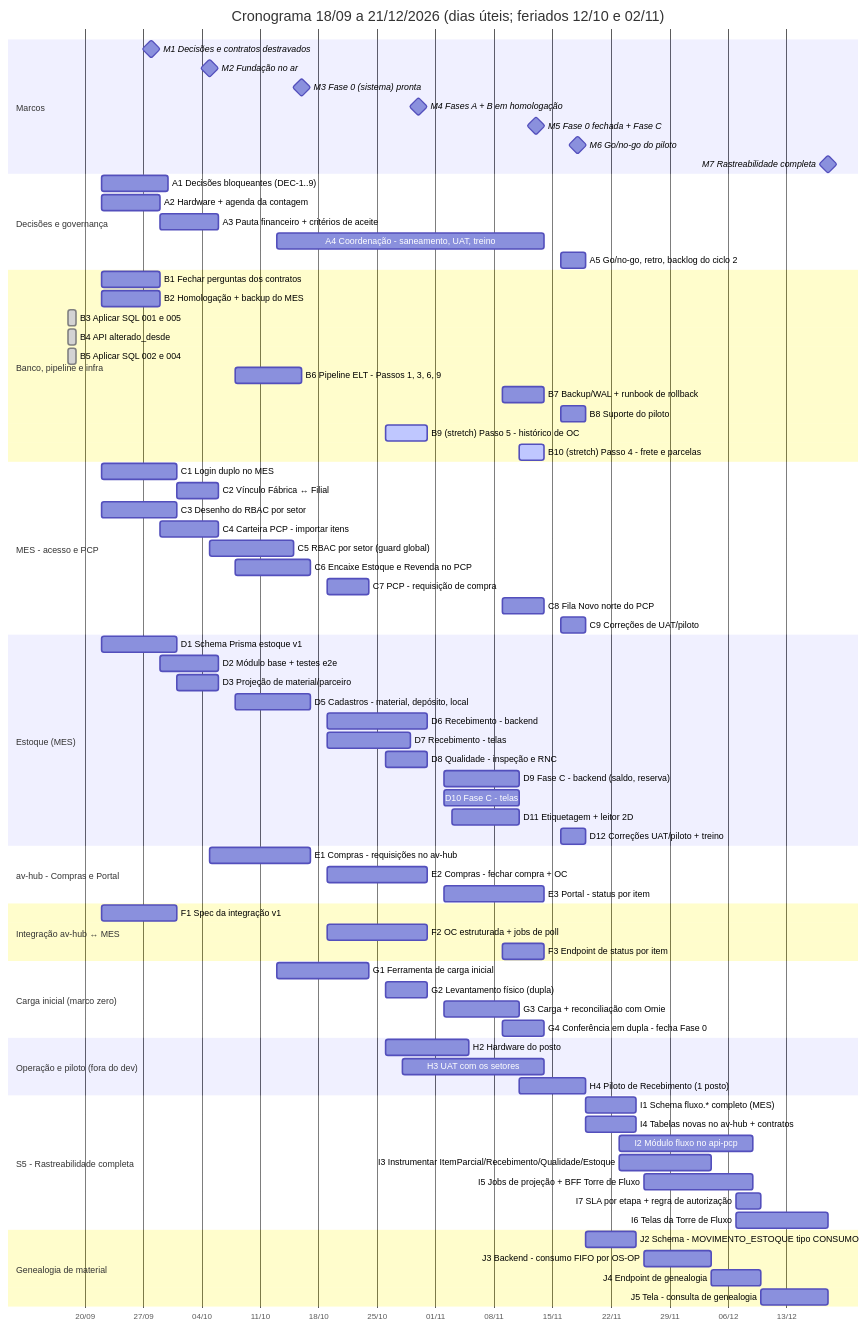
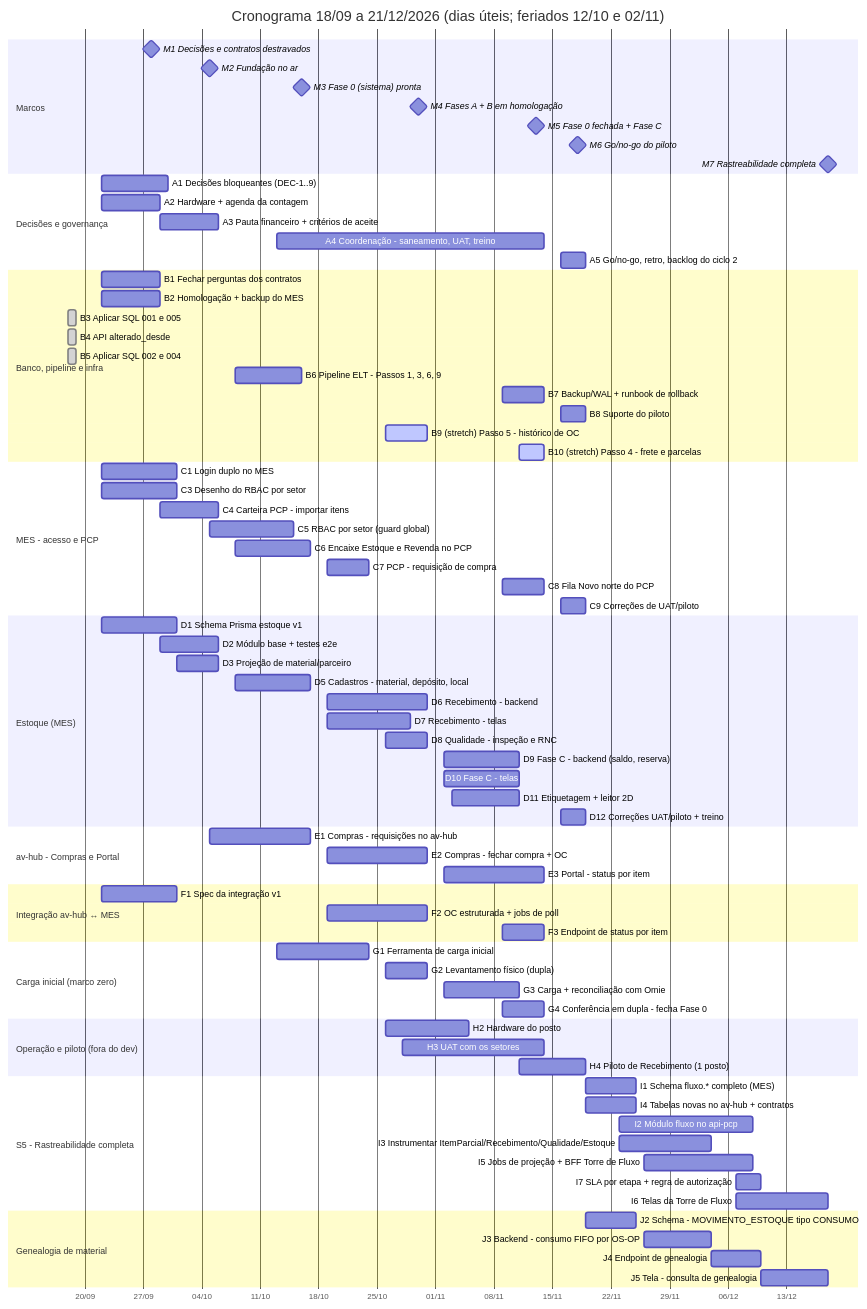
One commit to Acosvital/vault-avhub-mer changed the diagram in 07-Cronograma/Cronograma-2-Meses.md. Above: the diagram before and after it, drawn with Mermaid. The commit also changed other lines of this file and 7 other files, not shown here.

```diff
--- a/07-Cronograma/Cronograma-2-Meses.md
+++ b/07-Cronograma/Cronograma-2-Meses.md
@@ -271,7 +271,6 @@
     B10 (stretch) Passo 4 - frete e parcelas :active, b10, 2026-11-11, 2026-11-14
     section MES - acesso e PCP
     C1 Login duplo no MES :c1, 2026-09-22, 2026-10-01
-    C2 Vínculo Fábrica ↔ Filial :c2, 2026-10-01, 2026-10-06
     C3 Desenho do RBAC por setor :c3, 2026-09-22, 2026-10-01
     C4 Carteira PCP - importar itens :c4, 2026-09-29, 2026-10-06
     C5 RBAC por setor (guard global) :c5, 2026-10-05, 2026-10-15
```
